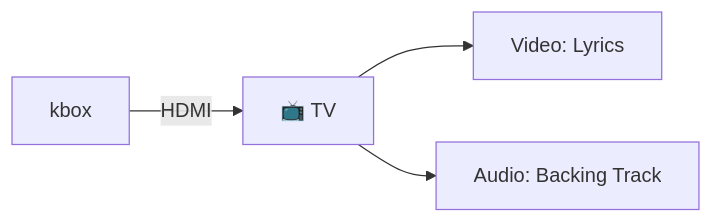
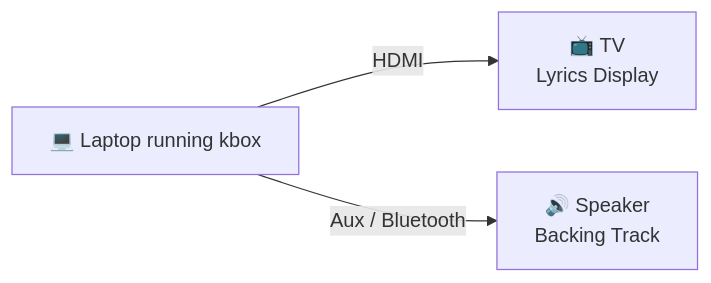
One commit to mdz/kbox changed the second of 8 diagrams in docs/HARDWARE_SETUP.md. Above: the diagram before and after it, drawn with Mermaid. The commit also changed other lines of this file, not shown here.

First line of the commit message:
docs: Revise Basic Setup to laptop + TV + aux speaker

````diff
--- a/docs/HARDWARE_SETUP.md
+++ b/docs/HARDWARE_SETUP.md
@@ -88,6 +98,5 @@
 ```mermaid
 flowchart LR
-    KBOX[kbox] -->|HDMI| TV[📺 TV]
-    TV --> VID[Video: Lyrics]
-    TV --> AUD[Audio: Backing Track]
+    LAPTOP[💻 Laptop running kbox] -->|HDMI| TV[📺 TV<br/>Lyrics Display]
+    LAPTOP -->|Aux / Bluetooth| SPK[🔊 Speaker<br/>Backing Track]
 ```
````
